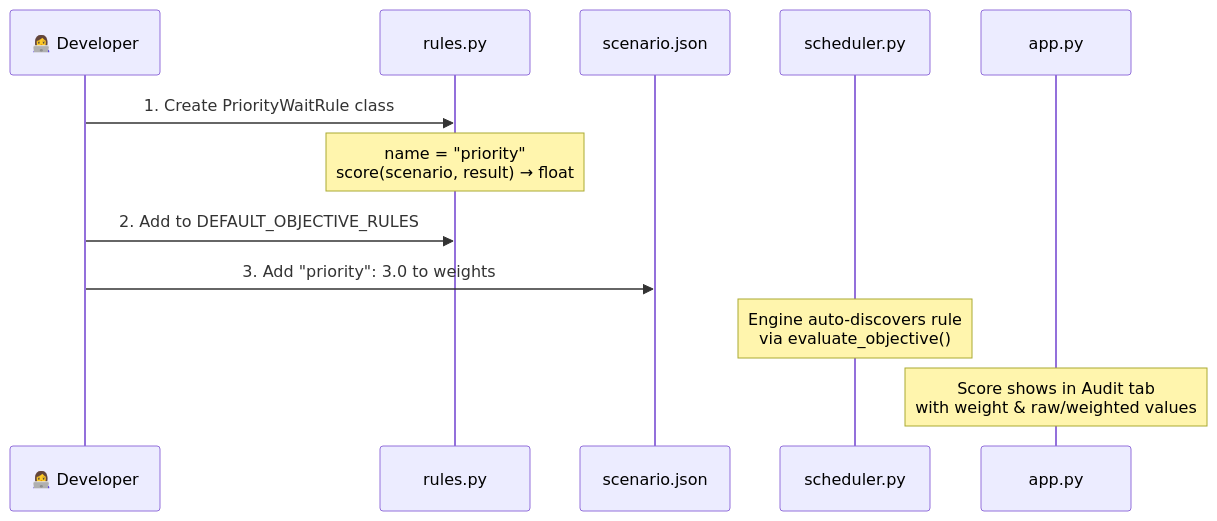
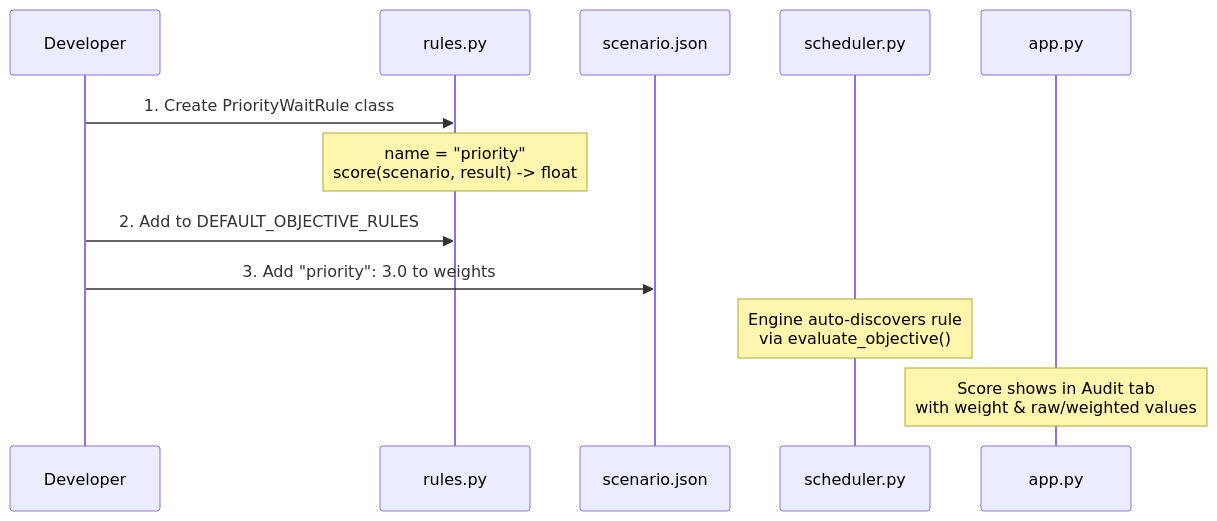
Before and after one commit to mukulgupta11/bus_charging_scheduler: diagram 13 of 13 in ARCHITECTURE.md, drawn with Mermaid. The commit also changed other lines of this file and 3 other files, not shown here.

````diff
--- a/ARCHITECTURE.md
+++ b/ARCHITECTURE.md
@@ -704,16 +704,16 @@
 ```mermaid
 sequenceDiagram
-    participant Dev as 👩‍💻 Developer
+    participant Dev as Developer
     participant Rules as rules.py
     participant JSON as scenario.json
     participant Engine as scheduler.py
     participant UI as app.py
 
     Dev->>Rules: 1. Create PriorityWaitRule class
-    Note over Rules: name = "priority"<br/>score(scenario, result) → float
+    Note over Rules: name = "priority"<br/>score(scenario, result) -> float
     Dev->>Rules: 2. Add to DEFAULT_OBJECTIVE_RULES
     Dev->>JSON: 3. Add "priority": 3.0 to weights
 
     Note over Engine: Engine auto-discovers rule<br/>via evaluate_objective()
     Note over UI: Score shows in Audit tab<br/>with weight & raw/weighted values
 ```
````
